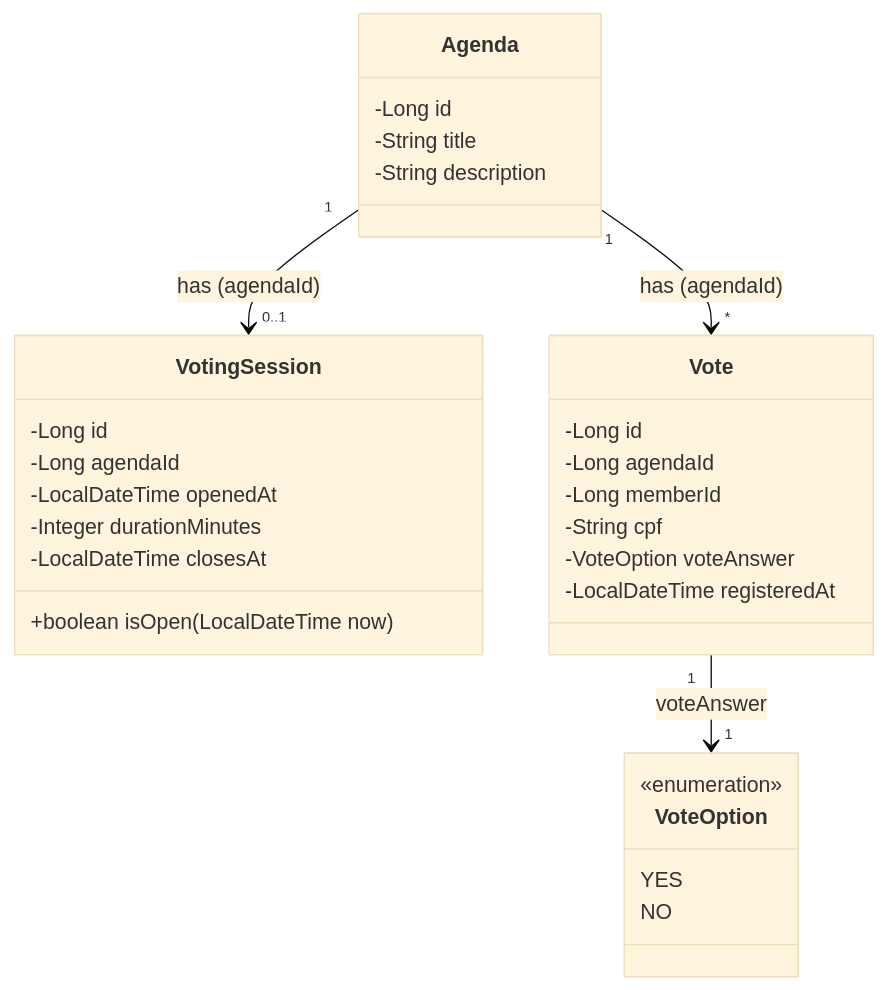
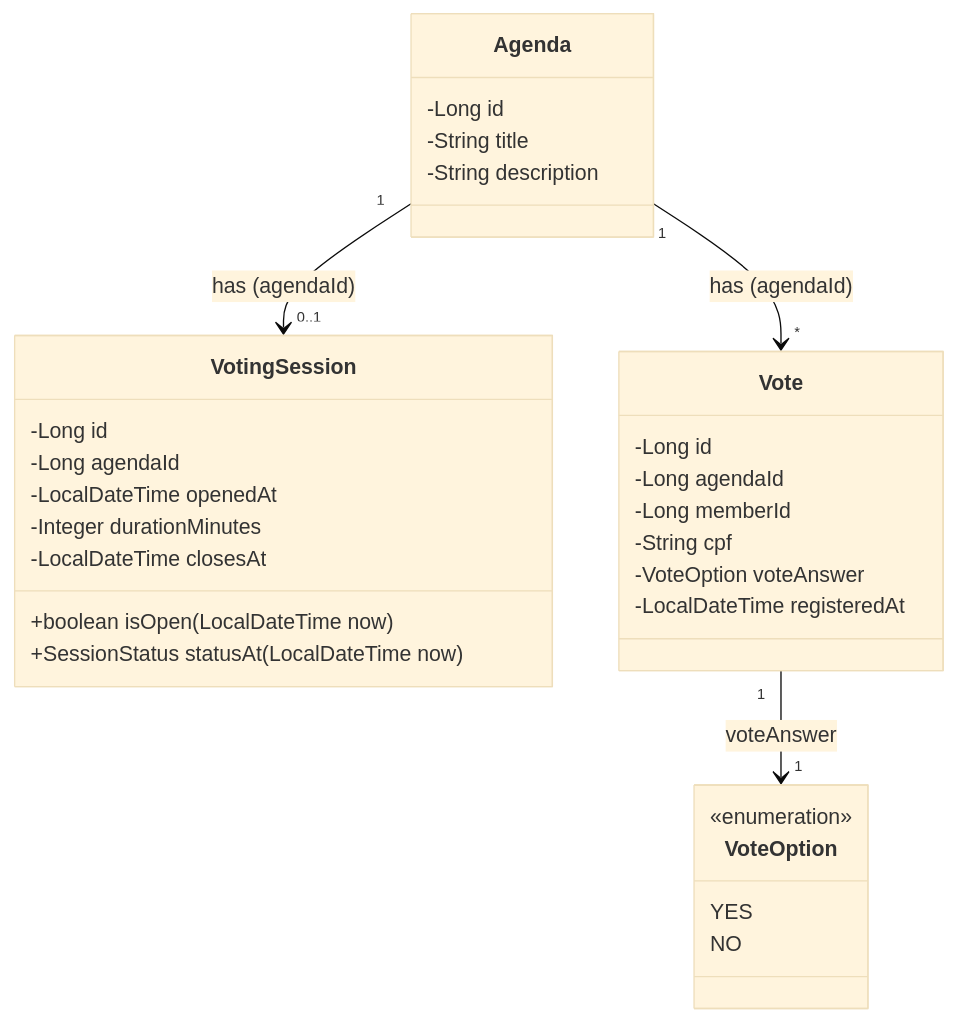
One commit to ediklecio/DESAFIO-DB-votacao-fullstack changed the first of 2 diagrams in backend/docs/02-diagrama-classes.md. Above: the diagram before and after it, drawn with Mermaid (base theme). The commit also changed other lines of this file and 13 other files, not shown here.

````diff
--- a/backend/docs/02-diagrama-classes.md
+++ b/backend/docs/02-diagrama-classes.md
@@ -11,36 +11,37 @@
 ```mermaid
 classDiagram
     class Agenda {
         -Long id
         -String title
         -String description
     }
 
     class VotingSession {
         -Long id
         -Long agendaId
         -LocalDateTime openedAt
         -Integer durationMinutes
         -LocalDateTime closesAt
         +boolean isOpen(LocalDateTime now)
+        +SessionStatus statusAt(LocalDateTime now)
     }
 
     class Vote {
         -Long id
         -Long agendaId
         -Long memberId
         -String cpf
         -VoteOption voteAnswer
         -LocalDateTime registeredAt
     }
 
     class VoteOption {
         <<enumeration>>
         YES
         NO
     }
 
     Agenda "1" --> "0..1" VotingSession : has (agendaId)
     Agenda "1" --> "*" Vote : has (agendaId)
     Vote "1" --> "1" VoteOption : voteAnswer
 ```
````
